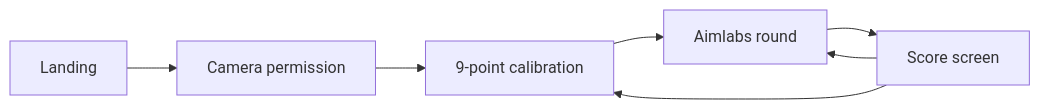
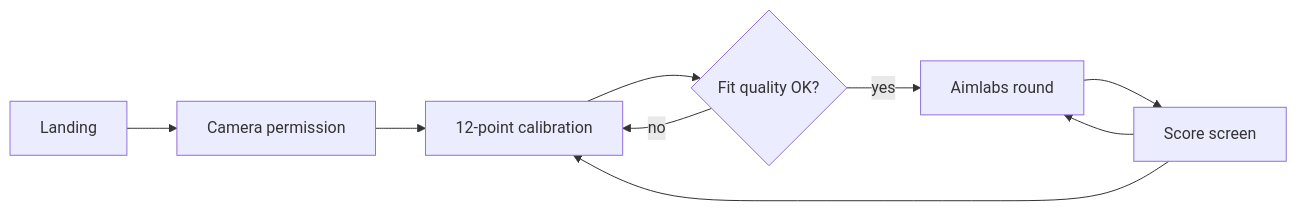
One commit to Team-Barbie/vinhack-26 changed the first of 2 diagrams in plan.md. Above: the diagram before and after it, drawn with Mermaid. The commit also changed other lines of this file and 21 other files, not shown here.

````diff
--- a/plan.md
+++ b/plan.md
@@ -31,9 +47,11 @@
 ```mermaid
 flowchart LR
   landing[Landing] --> camera[Camera permission]
-  camera --> calibrate[9-point calibration]
-  calibrate --> play[Aimlabs round]
+  camera --> calibrate[12-point calibration]
+  calibrate --> quality{Fit quality OK?}
+  quality -->|no| calibrate
+  quality -->|yes| play[Aimlabs round]
   play --> results[Score screen]
   results --> play
   results --> calibrate
 ```
````
